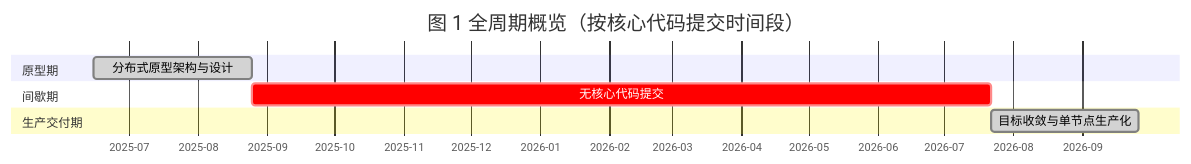
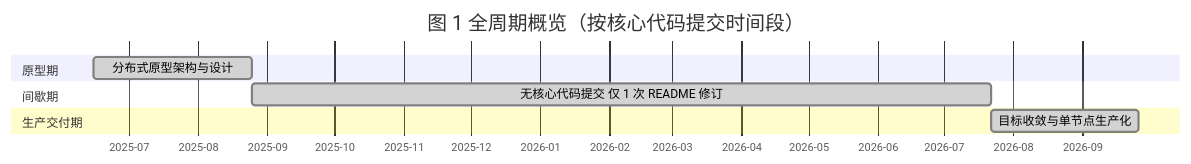
One commit to Kylinlixd/AstraStoreXion changed the first of 3 diagrams in 开发指南.md. Above: the diagram before and after it, drawn with Mermaid. The commit also changed other lines of this file, not shown here.

First line of the commit message:
docs: 优化两张甘特图与流程图的渲染

````diff
--- a/开发指南.md
+++ b/开发指南.md
@@ -18,14 +18,14 @@
 ```mermaid
 gantt
     title 图 1 全周期概览（按核心代码提交时间段）
     dateFormat YYYY-MM-DD
     axisFormat %Y-%m
     todayMarker off
 
     section 原型期
-    分布式原型架构与设计          :done, p1, 2025-06-15, 2025-08-25
+    分布式原型架构与设计 :done, p1, 2025-06-15, 2025-08-25
     section 间歇期
-    无核心代码提交               :crit, gap, 2025-08-25, 2026-07-22
+    无核心代码提交 仅 1 次 README 修订 :done, gap, 2025-08-25, 2026-07-22
     section 生产交付期
-    目标收敛与单节点生产化         :done, p2, 2026-07-22, 2026-09-26
+    目标收敛与单节点生产化 :done, p2, 2026-07-22, 2026-09-26
 ```
````
